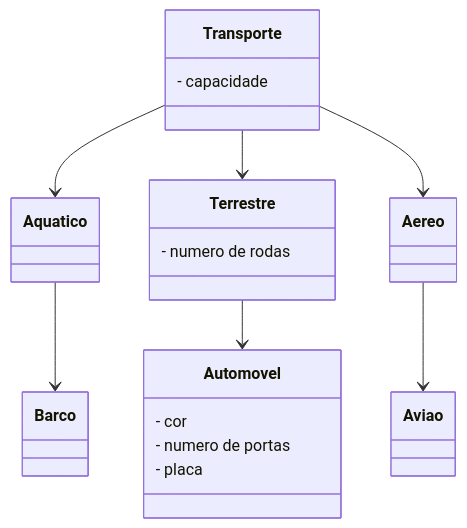
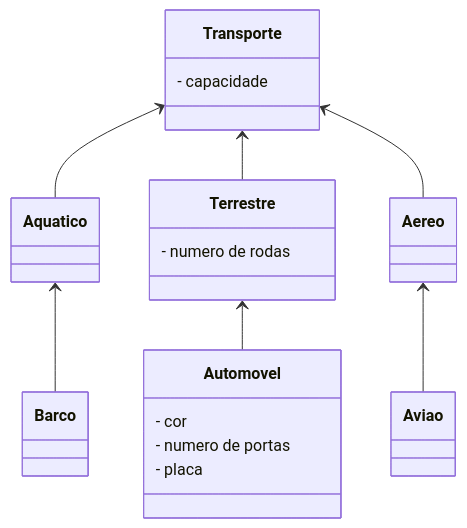
The tenth of 10 diagrams in 11.md (efojunior/It_NeoCamp_Java), drawn with Mermaid before and after one commit. The commit also changed other lines of this file, not shown here.

````diff
--- a/11.md
+++ b/11.md
@@ -32,32 +159,32 @@
 ```mermaid
 classDiagram
 class Transporte {
 - capacidade  
 }
 class Aereo {
   
 }
 class Terrestre {
 - numero de rodas  
 }
 class Aquatico {
   
 }
 class Aviao {
   
 }
 class Automovel {
 - cor
 - numero de portas
 - placa
 }
 class Barco {
   
 }
-Transporte --> Aquatico
-Transporte --> Terrestre
-Transporte --> Aereo
-Aquatico --> Barco
-Terrestre --> Automovel
-Aereo --> Aviao
+Transporte <-- Aquatico
+Transporte <-- Terrestre
+Transporte <-- Aereo
+Aquatico <-- Barco
+Terrestre <-- Automovel
+Aereo <-- Aviao
 ```
````
